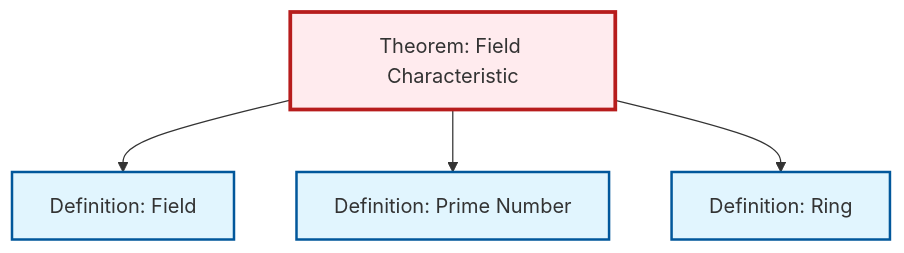
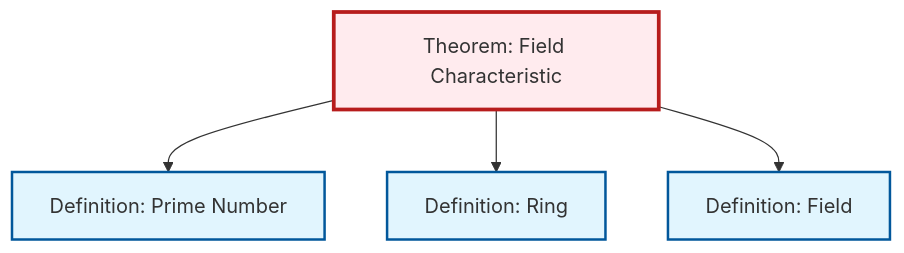
Before and after one commit to RK0429/ModernMath: the diagram in content/ja/algebra/thm-field-characteristic.qmd, drawn with Mermaid. The commit also changed other lines of this file and 530 other files, not shown here.

````diff
--- a/content/ja/algebra/thm-field-characteristic.qmd
+++ b/content/ja/algebra/thm-field-characteristic.qmd
@@ -54,20 +54,20 @@
 ```{mermaid}
 %%| fig-cap: "Local dependency graph"
 graph TD
     classDef definition fill:#e1f5fe,stroke:#01579b,stroke-width:2px
     classDef theorem fill:#f3e5f5,stroke:#4a148c,stroke-width:2px
     classDef axiom fill:#fff3e0,stroke:#e65100,stroke-width:2px
     classDef example fill:#e8f5e9,stroke:#1b5e20,stroke-width:2px
     classDef current fill:#ffebee,stroke:#b71c1c,stroke-width:3px
+    def-prime["Definition: Prime Number"]:::definition
     def-ring["Definition: Ring"]:::definition
+    def-field["Definition: Field"]:::definition
     thm-field-characteristic["Theorem: Field Characteristic"]:::theorem
-    def-field["Definition: Field"]:::definition
-    def-prime["Definition: Prime Number"]:::definition
-    thm-field-characteristic --> def-field
     thm-field-characteristic --> def-prime
     thm-field-characteristic --> def-ring
+    thm-field-characteristic --> def-field
     class thm-field-characteristic current
+    click def-prime "def-prime.html" "Definition: Prime Numberへ"
     click def-ring "def-ring.html" "Definition: Ringへ"
     click def-field "def-field.html" "Definition: Fieldへ"
-    click def-prime "def-prime.html" "Definition: Prime Numberへ"
 ```
````
